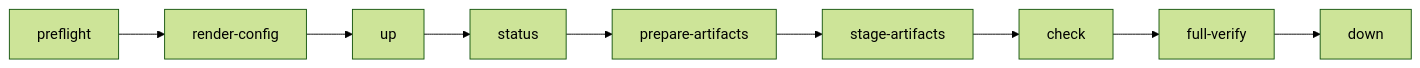
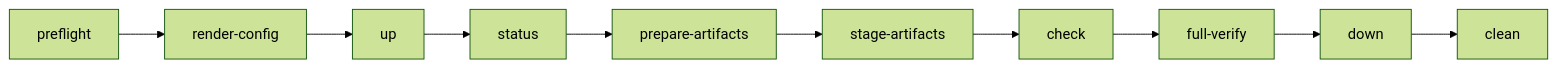
The diagram in README.md (NoNine/loopforge), drawn with Mermaid (forest theme) before and after one commit. The commit also changed other lines of this file and 17 other files, not shown here.

````diff
--- a/README.md
+++ b/README.md
@@ -56,14 +56,15 @@
 ```mermaid
 flowchart LR
   preflight[preflight]
   render[render-config]
   up[up]
   status[status]
   prepare[prepare-artifacts]
   stage[stage-artifacts]
   check[check]
   verify[full-verify]
   down[down]
+  clean[clean]
 
-  preflight --> render --> up --> status --> prepare --> stage --> check --> verify --> down
+  preflight --> render --> up --> status --> prepare --> stage --> check --> verify --> down --> clean
 ```
````
